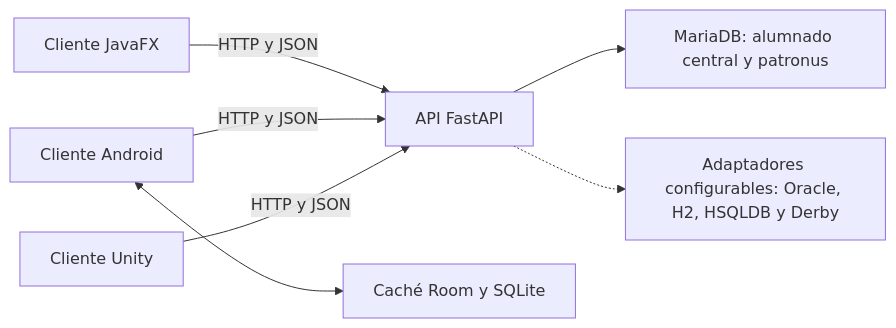
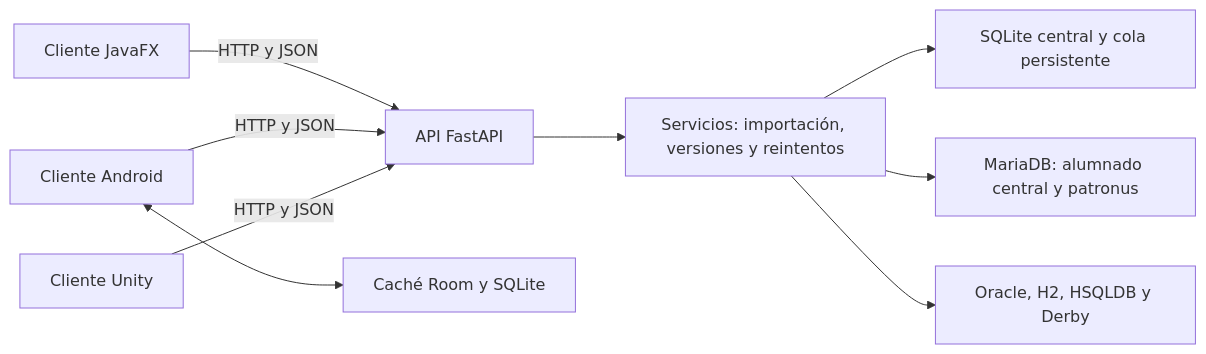
Before and after one commit to dm2-ethazi/Reto01-Omni3: the diagram in README.md, drawn with Mermaid. The commit also changed other lines of this file and 41 other files, not shown here.

````diff
--- a/README.md
+++ b/README.md
@@ -19,9 +19,11 @@
 ```mermaid
 flowchart LR
     javafx["Cliente JavaFX"] -->|HTTP y JSON| api["API FastAPI"]
     android["Cliente Android"] -->|HTTP y JSON| api
     unity["Cliente Unity"] -->|HTTP y JSON| api
     android <--> room["Caché Room y SQLite"]
-    api --> mariadb["MariaDB: alumnado central y patronus"]
-    api -.-> otros["Adaptadores configurables: Oracle, H2, HSQLDB y Derby"]
+    api --> servicios["Servicios: importación, versiones y reintentos"]
+    servicios --> sqlite["SQLite central y cola persistente"]
+    servicios --> mariadb["MariaDB: alumnado central y patronus"]
+    servicios --> otros["Oracle, H2, HSQLDB y Derby"]
 ```
````
